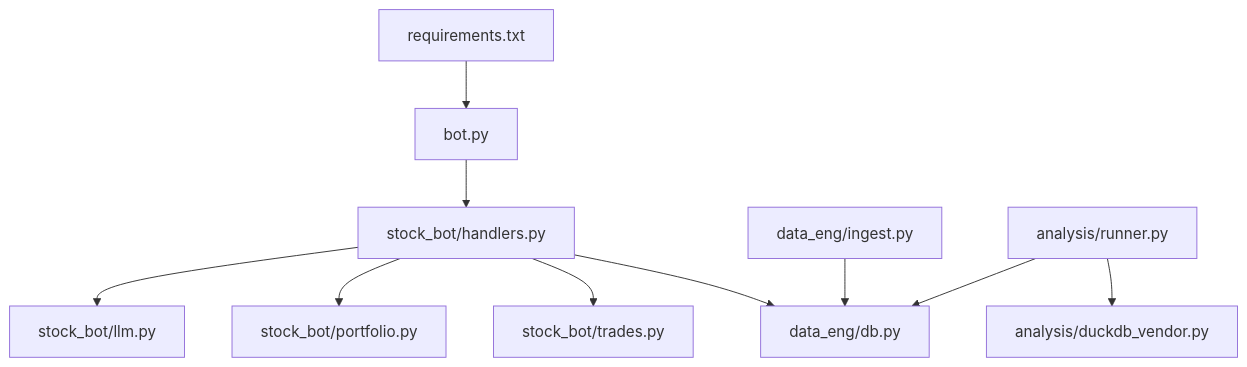
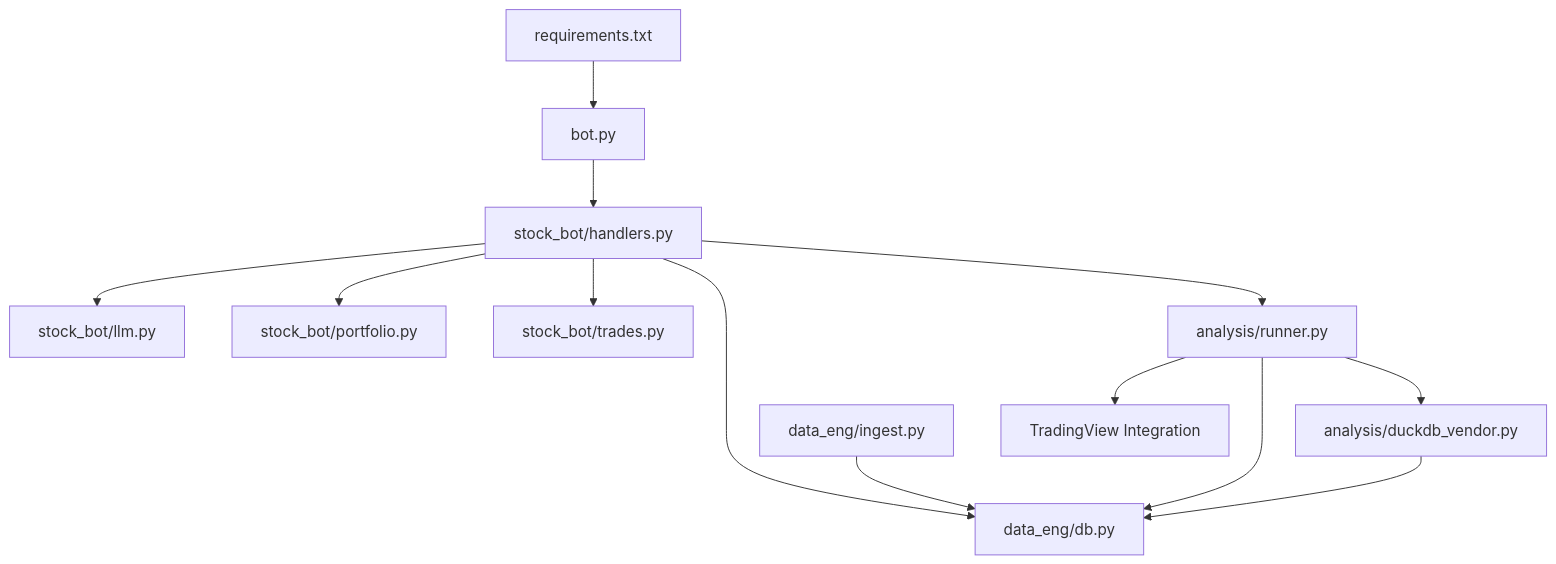
One commit to ZengSeng/telegram-bot changed diagram 11 of 11 in .qoder/repowiki/en/content/Core Components/Analysis Framework.md. Above: the diagram before and after it, drawn with Mermaid. The commit also changed other lines of this file and 24 other files, not shown here.

````diff
--- a/.qoder/repowiki/en/content/Core Components/Analysis Framework.md
+++ b/.qoder/repowiki/en/content/Core Components/Analysis Framework.md
@@ -392,22 +457,26 @@
 ```mermaid
 graph TB
 REQ["requirements.txt"]
 BOT["bot.py"]
 HANDLER["stock_bot/handlers.py"]
 LLM["stock_bot/llm.py"]
 PORTFOLIO["stock_bot/portfolio.py"]
 TRADES["stock_bot/trades.py"]
 DB["data_eng/db.py"]
 INGEST["data_eng/ingest.py"]
 RUNNER["analysis/runner.py"]
 DUCK["analysis/duckdb_vendor.py"]
+TRADINGVIEW["TradingView Integration"]
 REQ --> BOT
 BOT --> HANDLER
 HANDLER --> LLM
 HANDLER --> PORTFOLIO
 HANDLER --> TRADES
+HANDLER --> RUNNER
 HANDLER --> DB
 INGEST --> DB
 RUNNER --> DUCK
+RUNNER --> TRADINGVIEW
 RUNNER --> DB
+DUCK --> DB
 ```
````
